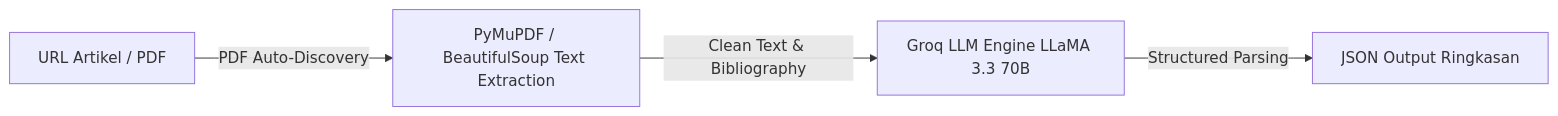
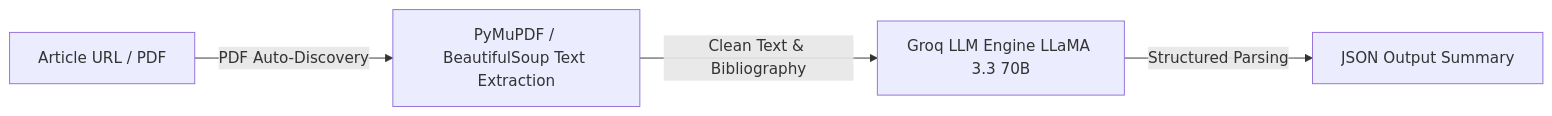
The second of 2 diagrams in README.md (AI-Research-TS/.github), drawn with Mermaid before and after one commit. The commit also changed other lines of this file and 2 other files, not shown here.

````diff
--- a/README.md
+++ b/README.md
@@ -194,6 +194,6 @@
 ```mermaid
 graph LR
-    A[URL Artikel / PDF] -->|PDF Auto-Discovery| B[PyMuPDF / BeautifulSoup Text Extraction]
+    A[Article URL / PDF] -->|PDF Auto-Discovery| B[PyMuPDF / BeautifulSoup Text Extraction]
     B -->|Clean Text & Bibliography| C[Groq LLM Engine LLaMA 3.3 70B]
-    C -->|Structured Parsing| D[JSON Output Ringkasan]
+    C -->|Structured Parsing| D[JSON Output Summary]
 ```
````
